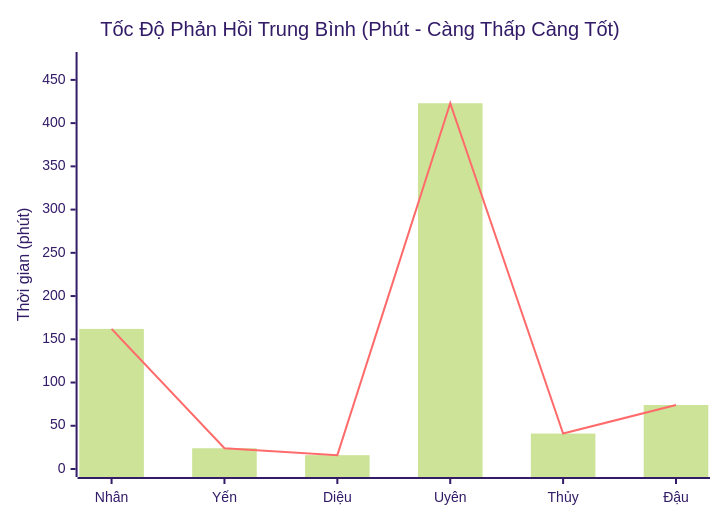
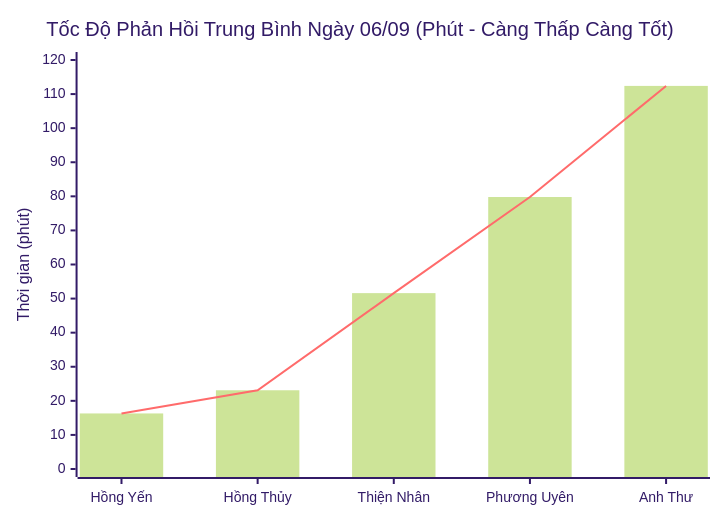
The third of 4 diagrams in content/Pancake-Audit/2026-09-06-Pancake-Performance-Report.md (dai-duong-1992/nerci-wiki), drawn with Mermaid (forest theme) before and after one commit. The commit also changed other lines of this file, not shown here.

````diff
--- a/content/Pancake-Audit/2026-09-06-Pancake-Performance-Report.md
+++ b/content/Pancake-Audit/2026-09-06-Pancake-Performance-Report.md
@@ -104,8 +105,8 @@
 ```mermaid
 xychart-beta
-    title "Tốc Độ Phản Hồi Trung Bình (Phút - Càng Thấp Càng Tốt)"
-    x-axis ["Nhân", "Yến", "Diệu", "Uyên", "Thủy", "Đậu"]
-    y-axis "Thời gian (phút)" 0 --> 473
-    bar [162, 24, 16, 423, 41, 74]
-    line [162, 24, 16, 423, 41, 74]
+    title "Tốc Độ Phản Hồi Trung Bình Ngày 06/09 (Phút - Càng Thấp Càng Tốt)"
+    x-axis ["Hồng Yến", "Hồng Thủy", "Thiện Nhân", "Phương Uyên", "Anh Thư"]
+    y-axis "Thời gian (phút)" 0 --> 120
+    bar [16.3, 23.1, 51.6, 79.8, 112.4]
+    line [16.3, 23.1, 51.6, 79.8, 112.4]
 ```
````
